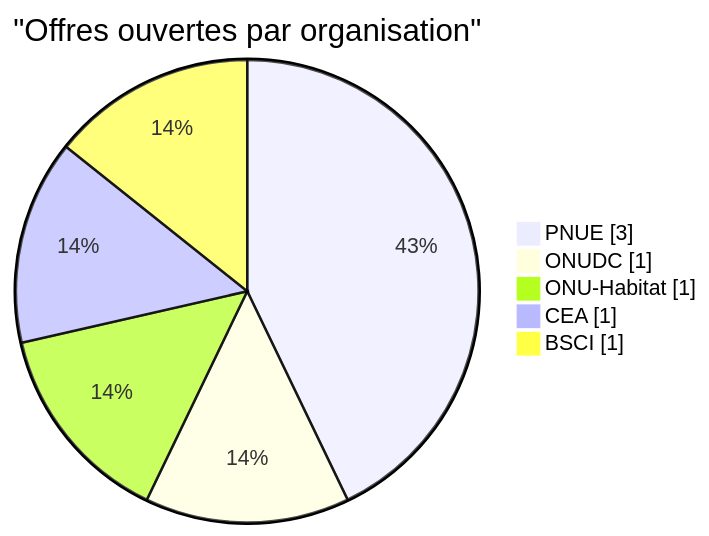
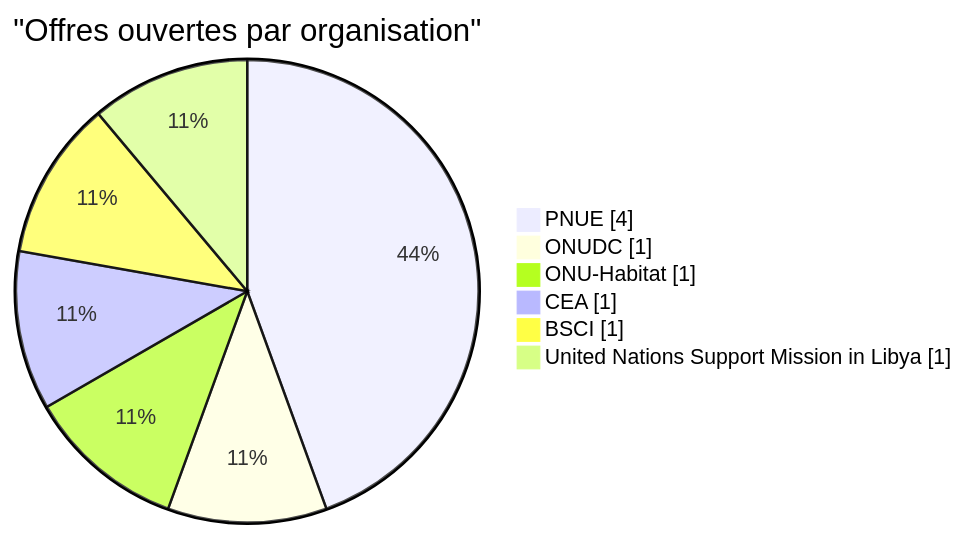
One commit to Abusooma/offres-tech-africa changed the second of 3 diagrams in README.md. Above: the diagram before and after it, drawn with Mermaid. The commit also changed other lines of this file and 2 other files, not shown here.

Commit message:
data: 2 nouvelles offres tech le 2026-11-23 (PNUE, United Nations Support Mission in Libya)

````diff
--- a/README.md
+++ b/README.md
@@ -71,9 +85,10 @@
 ```mermaid
 pie showData
     title "Offres ouvertes par organisation"
-    "PNUE" : 3
+    "PNUE" : 4
     "ONUDC" : 1
     "ONU-Habitat" : 1
     "CEA" : 1
     "BSCI" : 1
+    "United Nations Support Mission in Libya" : 1
 ```
````
